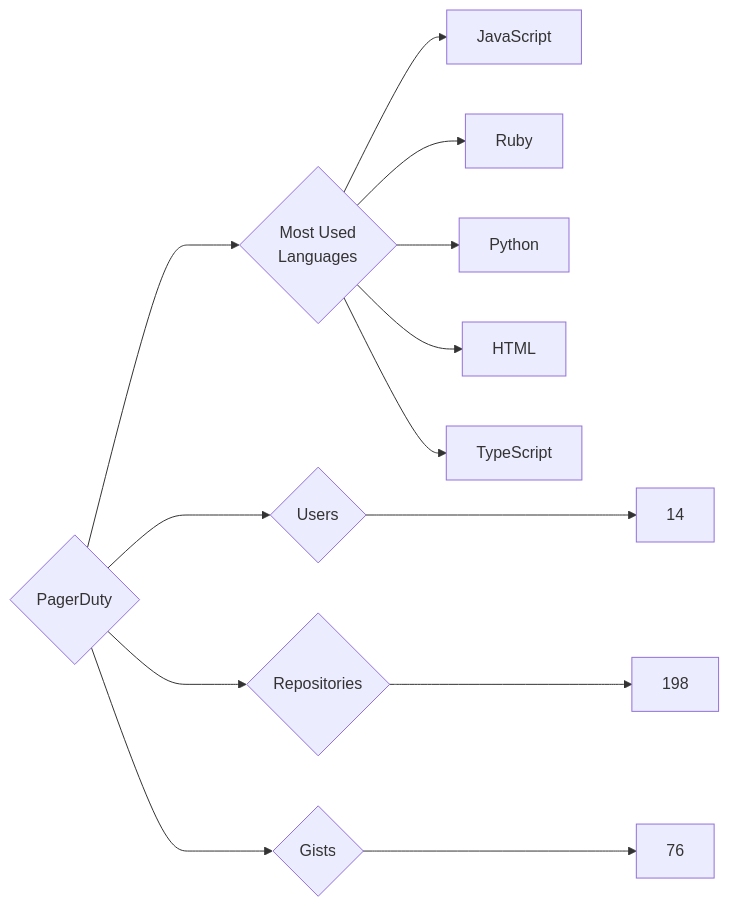
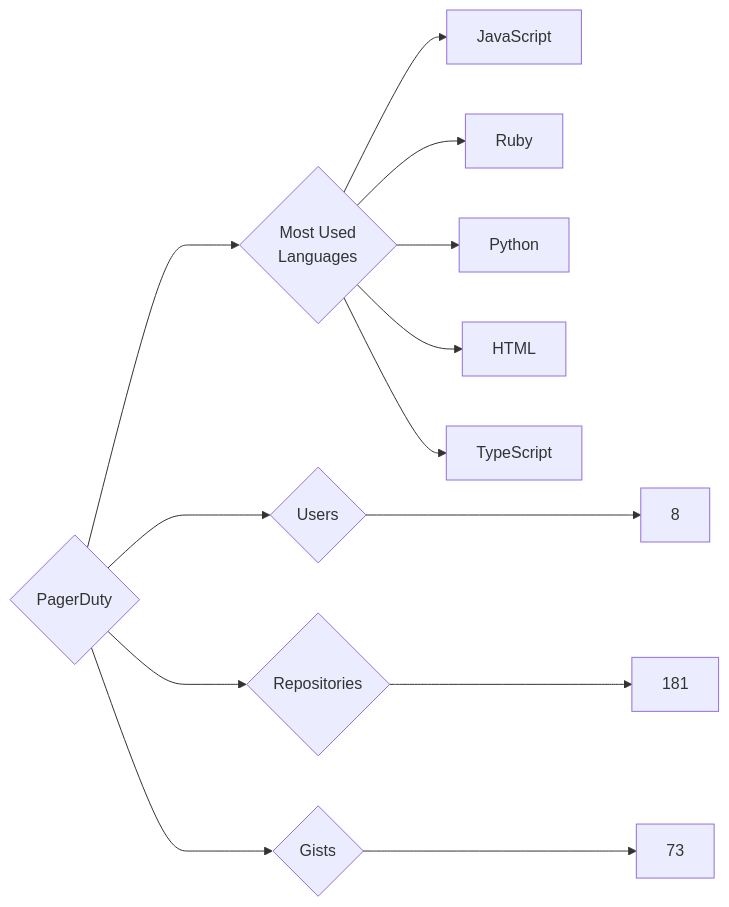
One commit to trickest/insiders changed the diagram in targets/PagerDuty/README.md. Above: the diagram before and after it, drawn with Mermaid. The commit also changed 1484 other files, not shown here.

````diff
--- a/targets/PagerDuty/README.md
+++ b/targets/PagerDuty/README.md
@@ -3,13 +3,13 @@
 ```mermaid
 graph LR
 COMPANY_NAME{PagerDuty}
-COMPANY_NAME ---> U{Users} ---> UN[14]
-COMPANY_NAME ---> R{Repositories} ---> RN[198]
-COMPANY_NAME ---> G{Gists} ---> GN[76]
+COMPANY_NAME ---> U{Users} ---> UN[8]
+COMPANY_NAME ---> R{Repositories} ---> RN[181]
+COMPANY_NAME ---> G{Gists} ---> GN[73]
 COMPANY_NAME ---> ML{Most Used<br>Languages}
 ML --> JavaScript[JavaScript]
 ML --> Ruby[Ruby]
 ML --> Python[Python]
 ML --> HTML[HTML]
 ML --> TypeScript[TypeScript]
 ```
````
